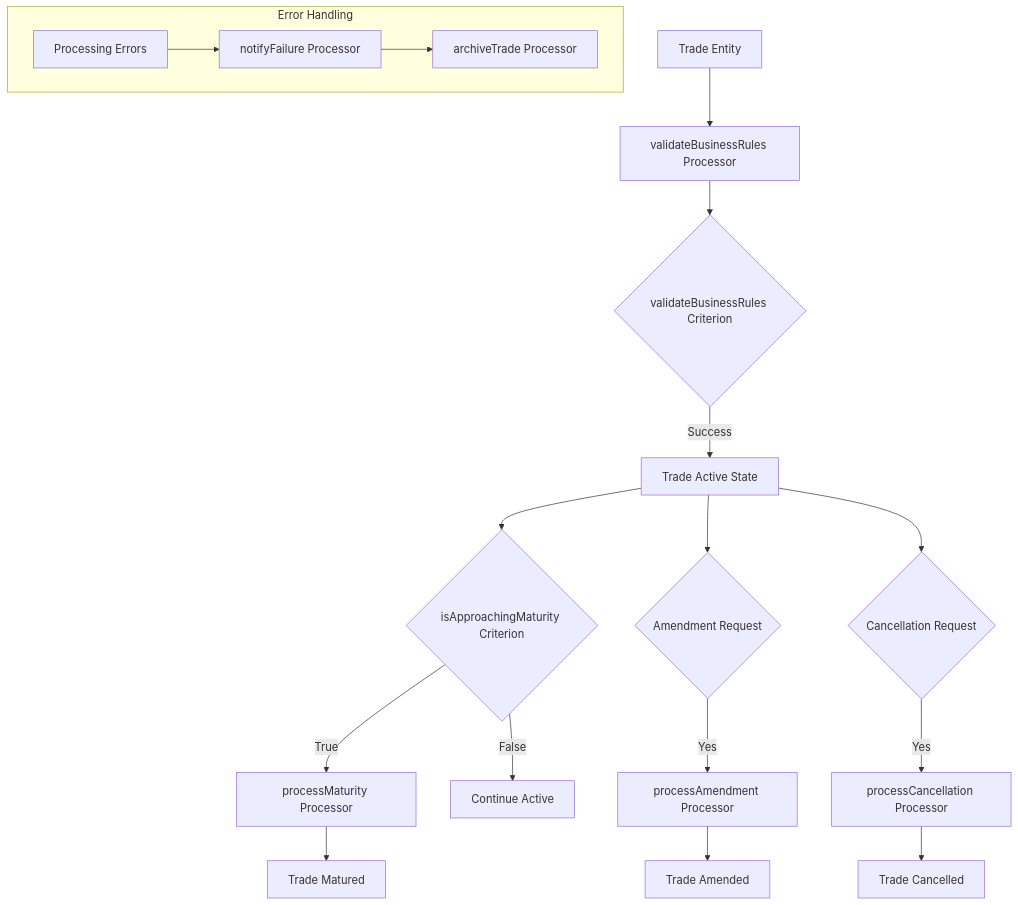
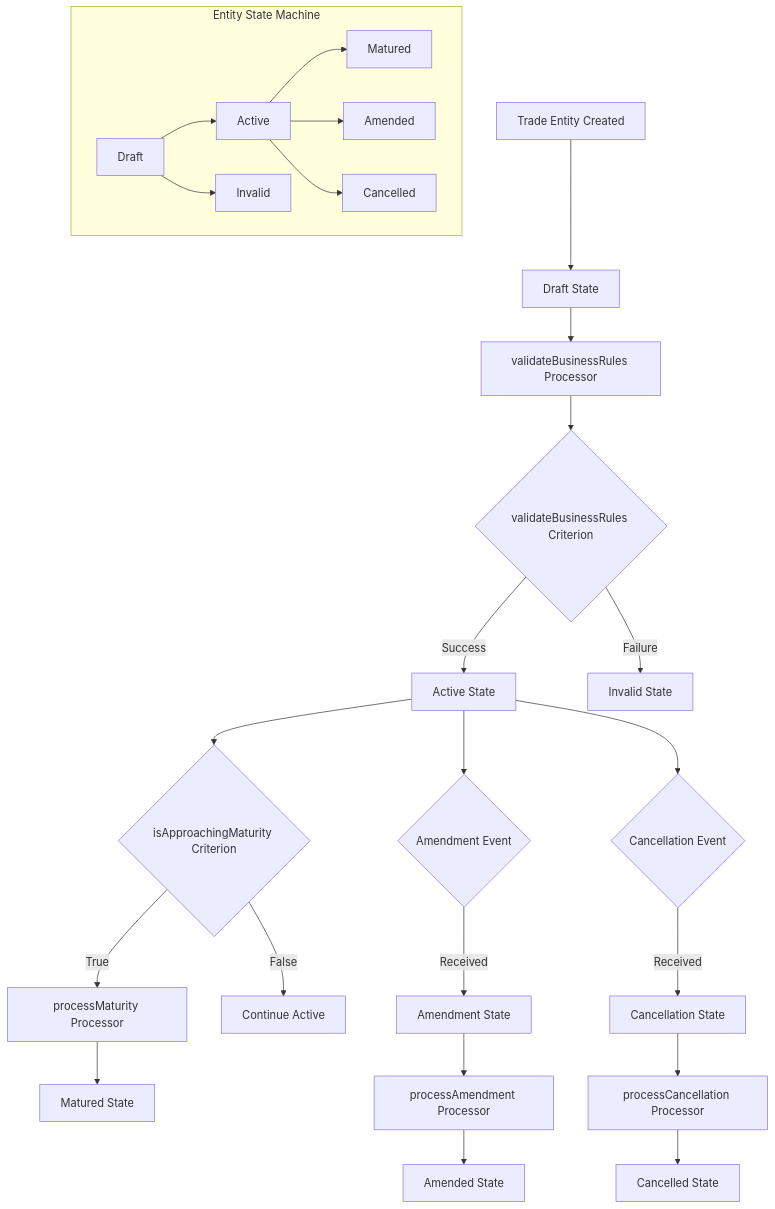
Before and after one commit to pschleger/dtcc-trade-reporting: the second of 10 diagrams in .ai/tasks/dtcc-reporting/functional-specifications/component-interaction-diagrams.md, drawn with Mermaid. The commit also changed other lines of this file and 16 other files, not shown here.

````diff
--- a/.ai/tasks/dtcc-reporting/functional-specifications/component-interaction-diagrams.md
+++ b/.ai/tasks/dtcc-reporting/functional-specifications/component-interaction-diagrams.md
@@ -30,21 +37,28 @@
 ```mermaid
 graph TD
-    A[Trade Entity] --> B[validateBusinessRules Processor]
-    B --> C{validateBusinessRules Criterion}
-    C -->|Success| D[Trade Active State]
-    D --> E{isApproachingMaturity Criterion}
-    E -->|True| F[processMaturity Processor]
-    E -->|False| G[Continue Active]
-    D --> H{Amendment Request}
-    H -->|Yes| I[processAmendment Processor]
-    D --> J{Cancellation Request}
-    J -->|Yes| K[processCancellation Processor]
-    F --> L[Trade Matured]
-    I --> M[Trade Amended]
-    K --> N[Trade Cancelled]
-    
-    subgraph "Error Handling"
-        O[Processing Errors] --> P[notifyFailure Processor]
-        P --> Q[archiveTrade Processor]
+    A[Trade Entity Created] --> B[Draft State]
+    B --> C[validateBusinessRules Processor]
+    C --> D{validateBusinessRules Criterion}
+    D -->|Success| E[Active State]
+    D -->|Failure| F[Invalid State]
+    E --> G{isApproachingMaturity Criterion}
+    G -->|True| H[processMaturity Processor]
+    G -->|False| I[Continue Active]
+    E --> J{Amendment Event}
+    J -->|Received| K[Amendment State]
+    E --> L{Cancellation Event}
+    L -->|Received| M[Cancellation State]
+    H --> N[Matured State]
+    K --> O[processAmendment Processor]
+    O --> P[Amended State]
+    M --> Q[processCancellation Processor]
+    Q --> R[Cancelled State]
+
+    subgraph "Entity State Machine"
+        S[Draft] --> T[Active]
+        T --> U[Matured]
+        T --> V[Amended]
+        T --> W[Cancelled]
+        S --> X[Invalid]
     end
 ```
````
